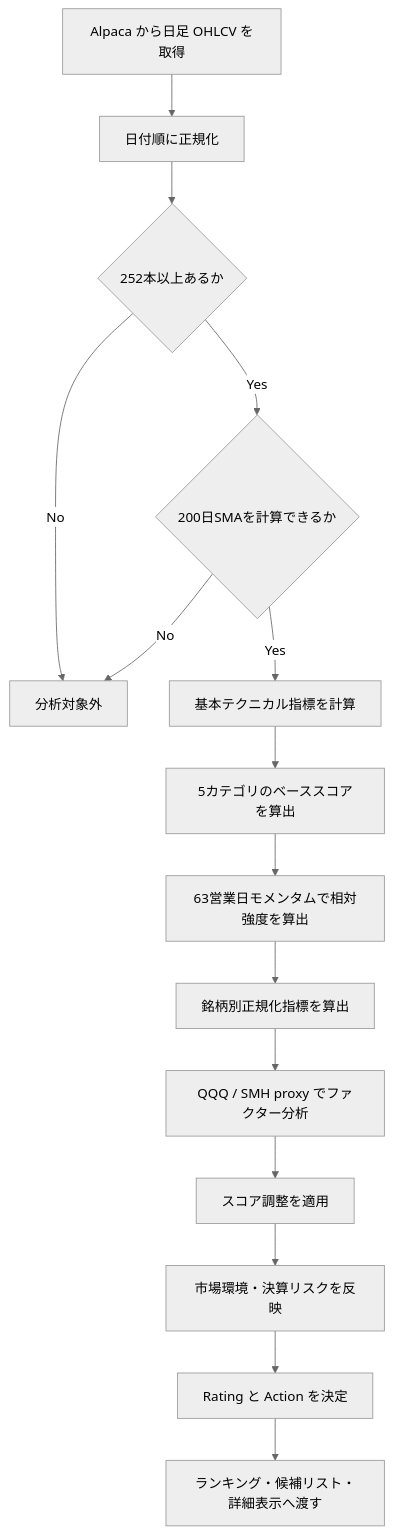
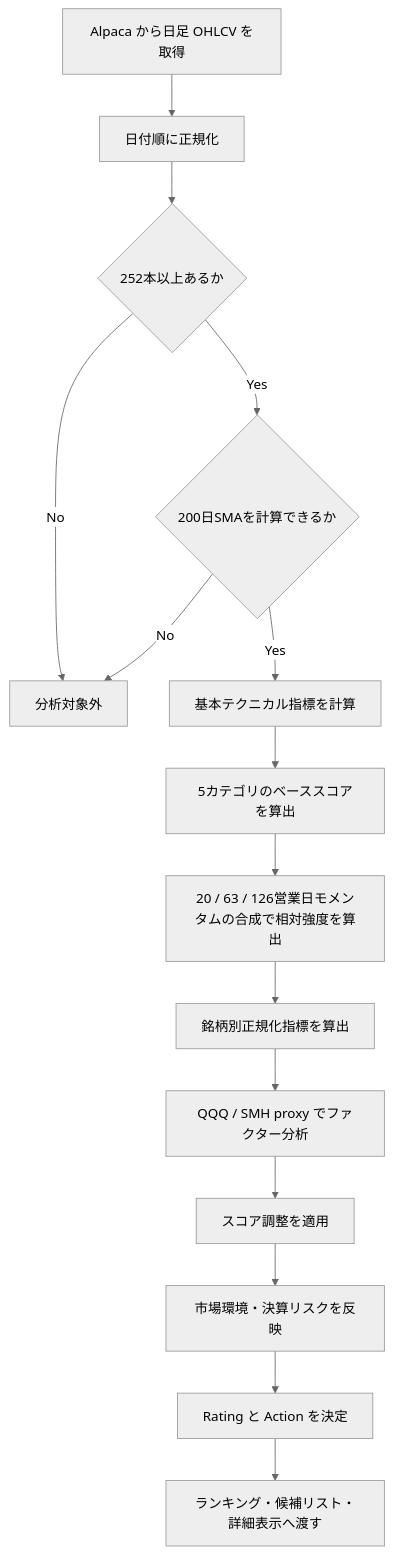
One commit to GtSt-jill/investment-app changed the first of 2 diagrams in docs/technical-logic.md. Above: the diagram before and after it, drawn with Mermaid (neutral theme). The commit also changed other lines of this file and 13 other files, not shown here.

````diff
--- a/docs/technical-logic.md
+++ b/docs/technical-logic.md
@@ -18,17 +18,17 @@
 ```mermaid
 flowchart TD
   A["Alpaca から日足 OHLCV を取得"] --> B["日付順に正規化"]
   B --> C{"252本以上あるか"}
   C -- No --> X["分析対象外"]
   C -- Yes --> D{"200日SMAを計算できるか"}
   D -- No --> X
   D -- Yes --> E["基本テクニカル指標を計算"]
   E --> F["5カテゴリのベーススコアを算出"]
-  F --> G["63営業日モメンタムで相対強度を算出"]
+  F --> G["20 / 63 / 126営業日モメンタムの合成で相対強度を算出"]
   G --> H["銘柄別正規化指標を算出"]
   H --> I["QQQ / SMH proxy でファクター分析"]
   I --> J["スコア調整を適用"]
   J --> K["市場環境・決算リスクを反映"]
   K --> L["Rating と Action を決定"]
   L --> M["ランキング・候補リスト・詳細表示へ渡す"]
 ```
````
